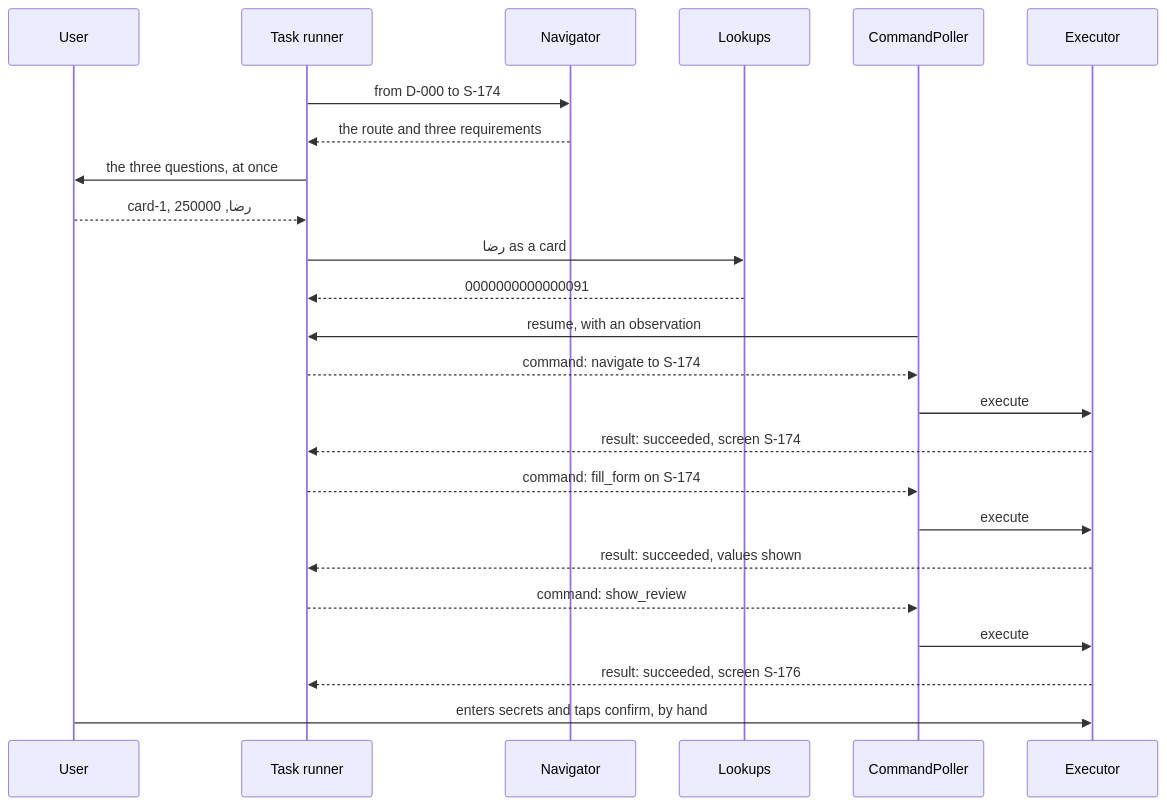
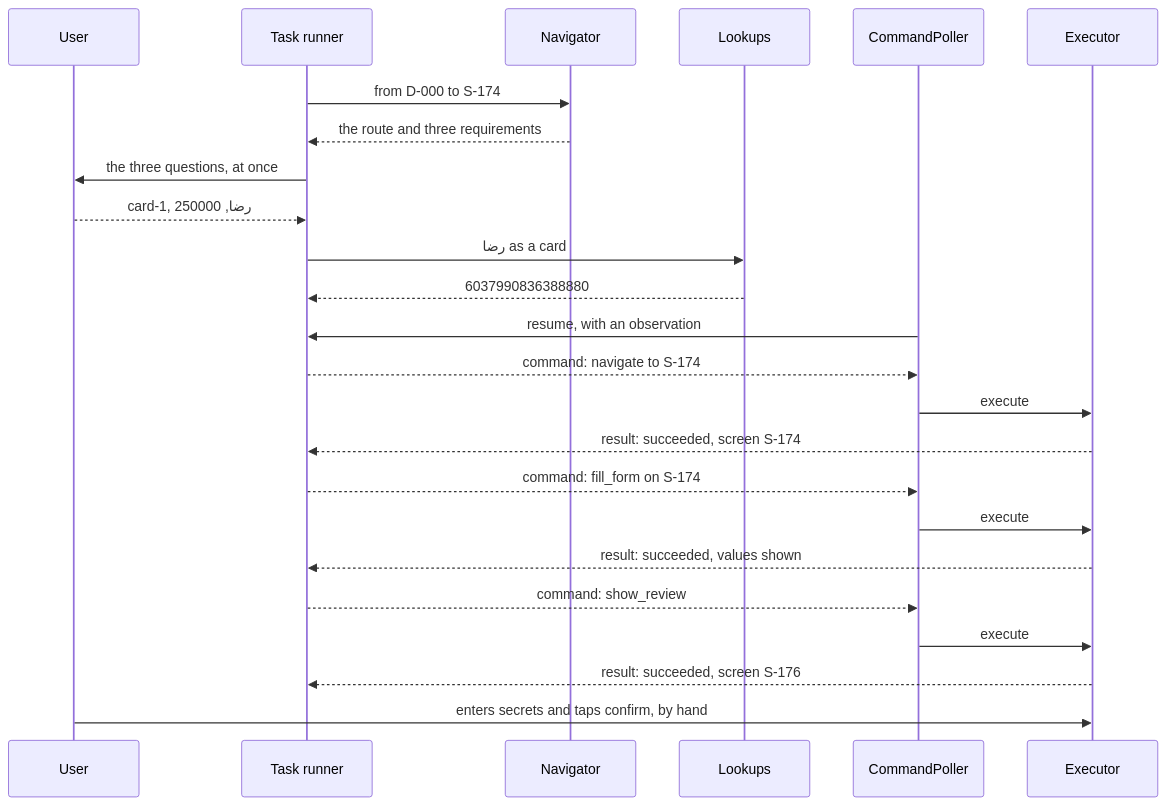
One commit to Hooman1996/RagBot-Assistant changed the diagram in docs/bridge/command-lifecycle.md. Above: the diagram before and after it, drawn with Mermaid. The commit also changed other lines of this file and 117 other files, not shown here.

````diff
--- a/docs/bridge/command-lifecycle.md
+++ b/docs/bridge/command-lifecycle.md
@@ -10,26 +10,26 @@
 ```mermaid
 sequenceDiagram
     participant U as User
     participant R as Task runner
     participant N as Navigator
     participant K as Lookups
     participant P as CommandPoller
     participant E as Executor
     R->>N: from D-000 to S-174
     N-->>R: the route and three requirements
     R->>U: the three questions, at once
     U-->>R: card-1, رضا, 250000
     R->>K: رضا as a card
-    K-->>R: 0000000000000091
+    K-->>R: 6037990836388880
     P->>R: resume, with an observation
     R-->>P: command: navigate to S-174
     P->>E: execute
     E-->>R: result: succeeded, screen S-174
     R-->>P: command: fill_form on S-174
     P->>E: execute
     E-->>R: result: succeeded, values shown
     R-->>P: command: show_review
     P->>E: execute
     E-->>R: result: succeeded, screen S-176
     U->>E: enters secrets and taps confirm, by hand
 ```
````
